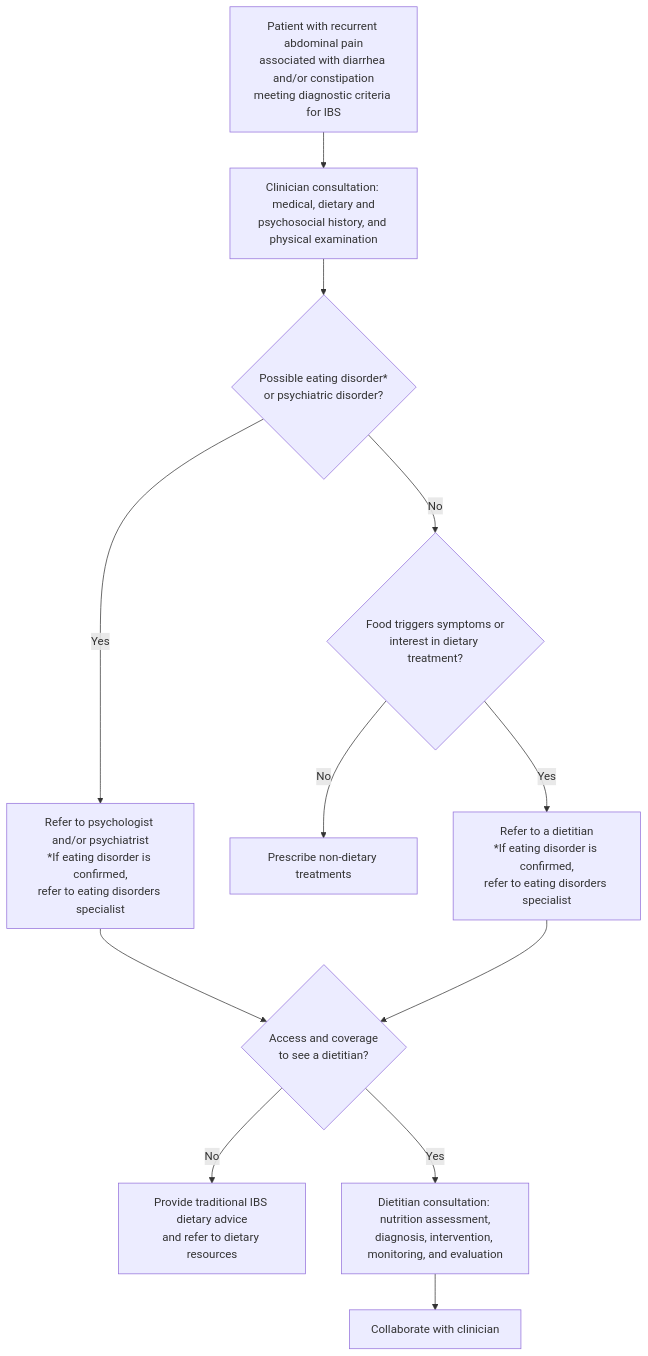
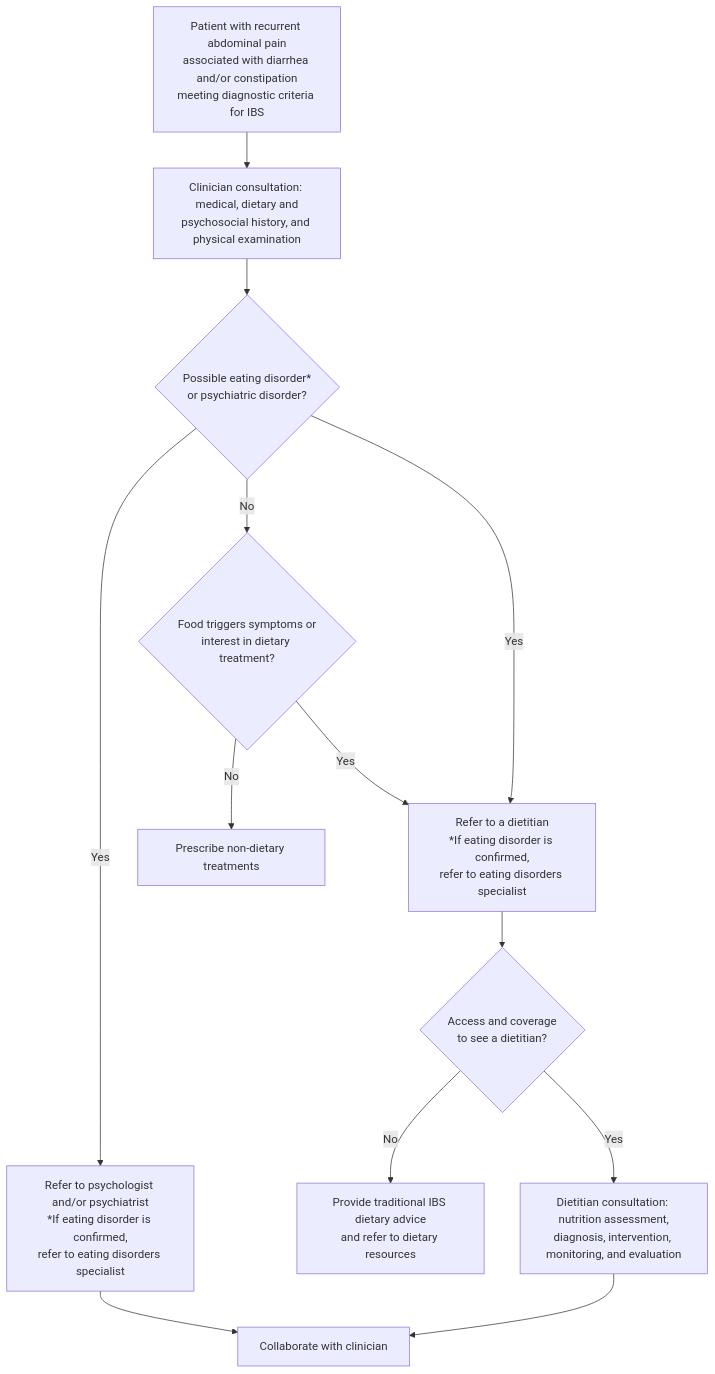
Before and after one commit to KHNickLeMD/KHNL-GI-Wiki: the diagram in KHNL-GI-Wiki/wiki/sources/aga-2022-diet-ibs.md, drawn with Mermaid. The commit also changed other lines of this file and 15 other files, not shown here.

````diff
--- a/KHNL-GI-Wiki/wiki/sources/aga-2022-diet-ibs.md
+++ b/KHNL-GI-Wiki/wiki/sources/aga-2022-diet-ibs.md
@@ -100,14 +101,15 @@
 ```mermaid
 flowchart TD
     A["Patient with recurrent abdominal pain<br/>associated with diarrhea and/or constipation<br/>meeting diagnostic criteria for IBS"] --> B["Clinician consultation: medical, dietary and<br/>psychosocial history, and physical examination"]
     B --> C{"Possible eating disorder*<br/>or psychiatric disorder?"}
     C -- "Yes" --> D["Refer to psychologist and/or psychiatrist<br/>*If eating disorder is confirmed,<br/>refer to eating disorders specialist"]
     C -- "No" --> E{"Food triggers symptoms or<br/>interest in dietary treatment?"}
     E -- "No" --> F["Prescribe non-dietary treatments"]
+    C -- "Yes" --> G
     E -- "Yes" --> G["Refer to a dietitian<br/>*If eating disorder is confirmed,<br/>refer to eating disorders specialist"]
-    D --> H{"Access and coverage<br/>to see a dietitian?"}
-    G --> H
+    G --> H{"Access and coverage<br/>to see a dietitian?"}
+    D --> K
     H -- "No" --> I["Provide traditional IBS dietary advice<br/>and refer to dietary resources"]
     H -- "Yes" --> J["Dietitian consultation: nutrition assessment,<br/>diagnosis, intervention, monitoring, and evaluation"]
     J --> K["Collaborate with clinician"]
 ```
````
